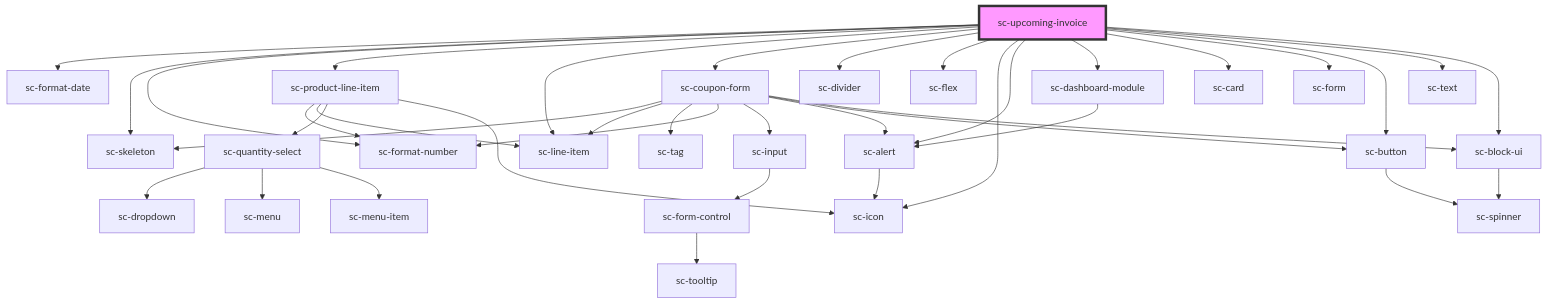
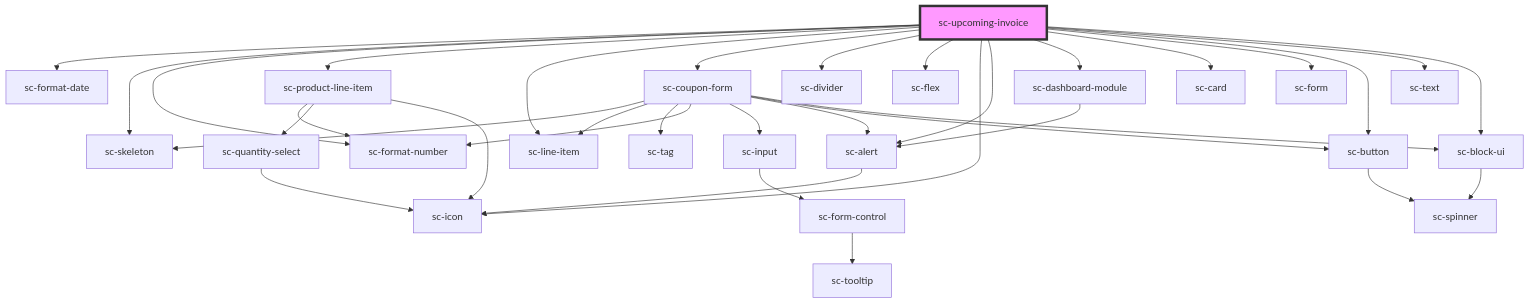
The diagram in packages/components/src/components/controllers/dashboard/upcoming-invoice/readme.md (surecart/surecart-wp-plugin), drawn with Mermaid before and after one commit. The commit also changed 88 other files, not shown here.

````diff
--- a/packages/components/src/components/controllers/dashboard/upcoming-invoice/readme.md
+++ b/packages/components/src/components/controllers/dashboard/upcoming-invoice/readme.md
@@ -45,41 +45,38 @@
 ```mermaid
 graph TD;
   sc-upcoming-invoice --> sc-format-date
   sc-upcoming-invoice --> sc-skeleton
   sc-upcoming-invoice --> sc-format-number
   sc-upcoming-invoice --> sc-product-line-item
   sc-upcoming-invoice --> sc-line-item
   sc-upcoming-invoice --> sc-coupon-form
   sc-upcoming-invoice --> sc-divider
   sc-upcoming-invoice --> sc-flex
   sc-upcoming-invoice --> sc-icon
   sc-upcoming-invoice --> sc-alert
   sc-upcoming-invoice --> sc-dashboard-module
   sc-upcoming-invoice --> sc-card
   sc-upcoming-invoice --> sc-form
   sc-upcoming-invoice --> sc-button
   sc-upcoming-invoice --> sc-text
   sc-upcoming-invoice --> sc-block-ui
   sc-product-line-item --> sc-format-number
-  sc-product-line-item --> sc-line-item
   sc-product-line-item --> sc-quantity-select
   sc-product-line-item --> sc-icon
-  sc-quantity-select --> sc-dropdown
-  sc-quantity-select --> sc-menu
-  sc-quantity-select --> sc-menu-item
+  sc-quantity-select --> sc-icon
   sc-coupon-form --> sc-skeleton
   sc-coupon-form --> sc-line-item
   sc-coupon-form --> sc-tag
   sc-coupon-form --> sc-format-number
   sc-coupon-form --> sc-input
   sc-coupon-form --> sc-alert
   sc-coupon-form --> sc-button
   sc-coupon-form --> sc-block-ui
   sc-input --> sc-form-control
   sc-form-control --> sc-tooltip
   sc-alert --> sc-icon
   sc-button --> sc-spinner
   sc-block-ui --> sc-spinner
   sc-dashboard-module --> sc-alert
   style sc-upcoming-invoice fill:#f9f,stroke:#333,stroke-width:4px
 ```
````
